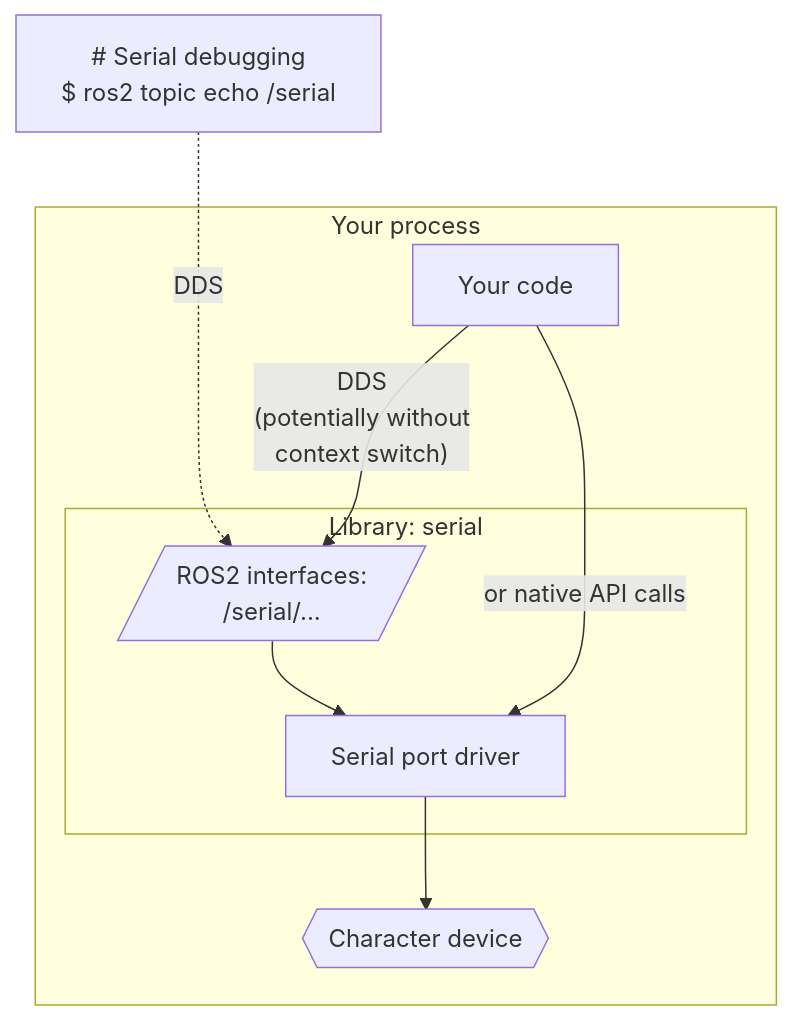
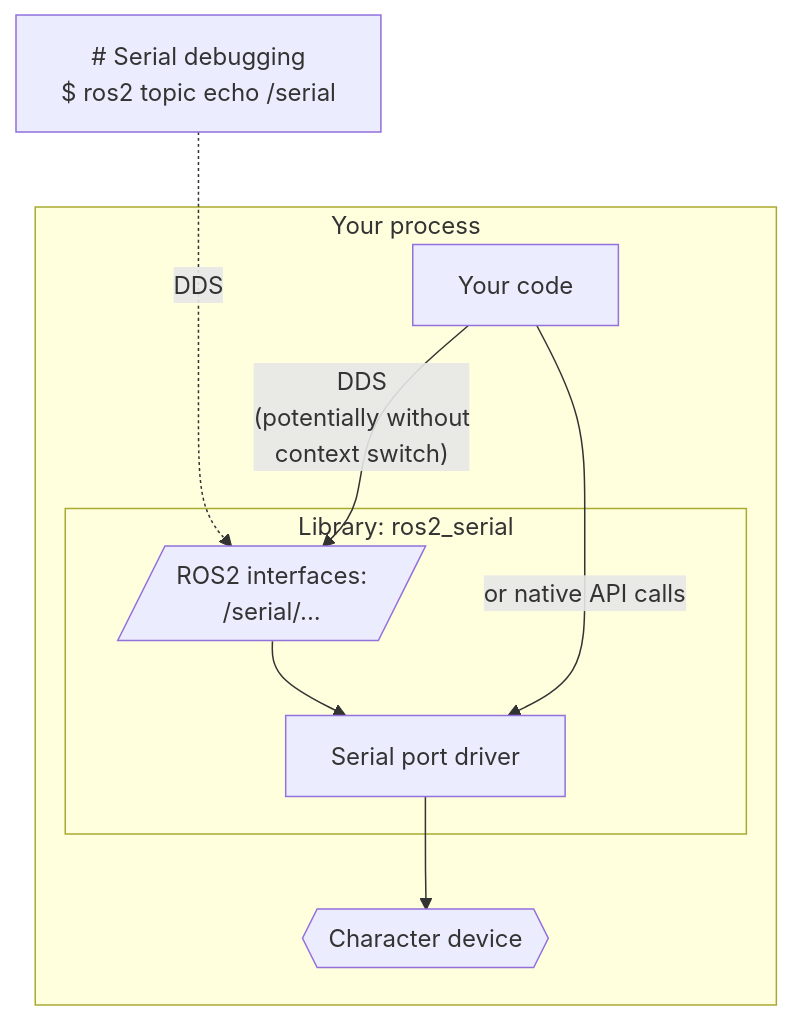
The second of 3 diagrams in README.md (openvmp/serial), drawn with Mermaid before and after one commit. The commit also changed other lines of this file and 1 other file, not shown here.

````diff
--- a/README.md
+++ b/README.md
@@ -62,12 +62,12 @@
 ```mermaid
 flowchart TB
     cli_serial["# Serial debugging\n$ ros2 topic echo /serial"] -. "DDS" ..-> topic_serial[/ROS2 interfaces:\n/serial/.../]
     subgraph modbus_exe["Your process"]
-      subgraph serial["Library: serial"]
+      subgraph serial["Library: ros2_serial"]
         topic_serial --> driver["Serial port driver"]
       end
       code["Your code"] -- "DDS\n(potentially without\ncontext switch)" --> topic_serial
       code -- "or native API calls" ---> driver
       driver --> file{{"Character device"}}
     end
 ```
````
